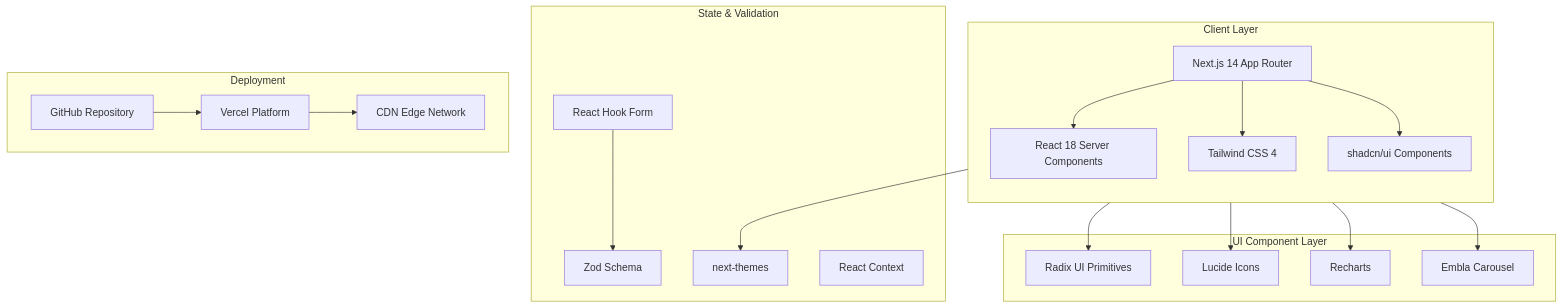
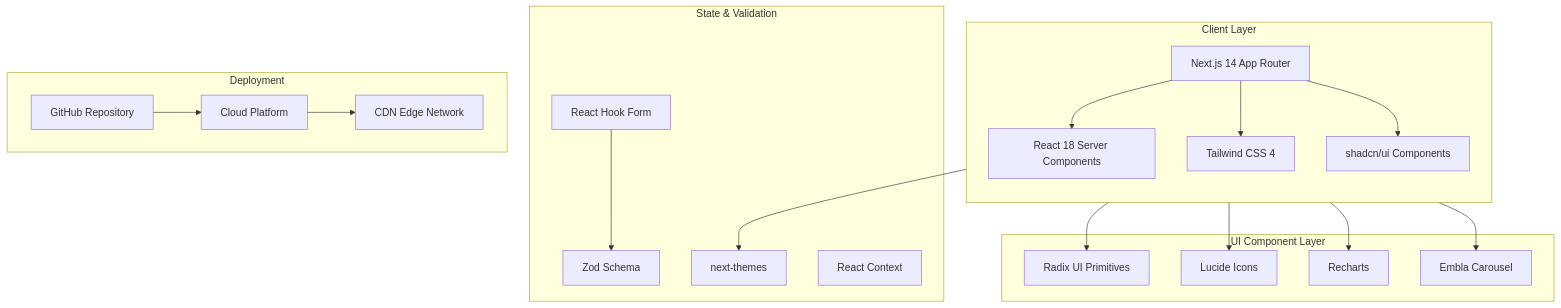
Before and after one commit to girishlade111/sketchpad-ui-theme: the diagram in README.md, drawn with Mermaid.

Commit message:
docs: rename Vercel Platform to Cloud Platform in architecture diagram

````diff
--- a/README.md
+++ b/README.md
@@ -26,42 +26,42 @@
 ```mermaid
 flowchart TB
     subgraph "Client Layer"
         direction TB
         A[Next.js 14 App Router]
         B[React 18 Server Components]
         C[Tailwind CSS 4]
         D[shadcn/ui Components]
     end
 
     subgraph "UI Component Layer"
         E[Radix UI Primitives]
         F[Lucide Icons]
         G[Recharts]
         H[Embla Carousel]
     end
 
     subgraph "State & Validation"
         I[React Hook Form]
         J[Zod Schema]
         K[next-themes]
         L[React Context]
     end
 
     subgraph "Deployment"
-        M[Vercel Platform]
+        M[Cloud Platform]
         N[GitHub Repository]
         O[CDN Edge Network]
     end
 
     A --> B
     A --> C
     A --> D
     D --> E
     D --> F
     B --> G
     B --> H
     I --> J
     C --> K
     N --> M
     M --> O
 ```
````
